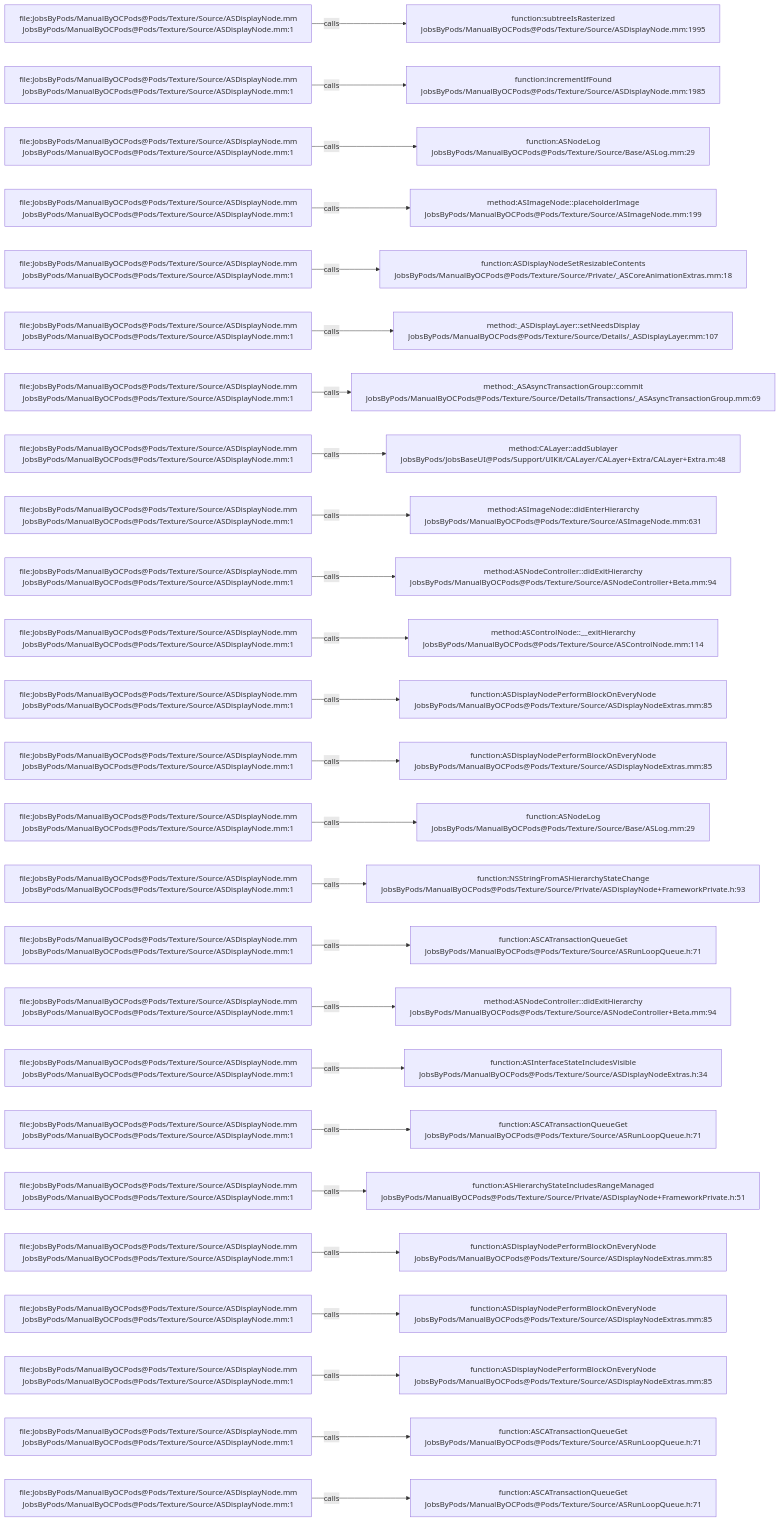
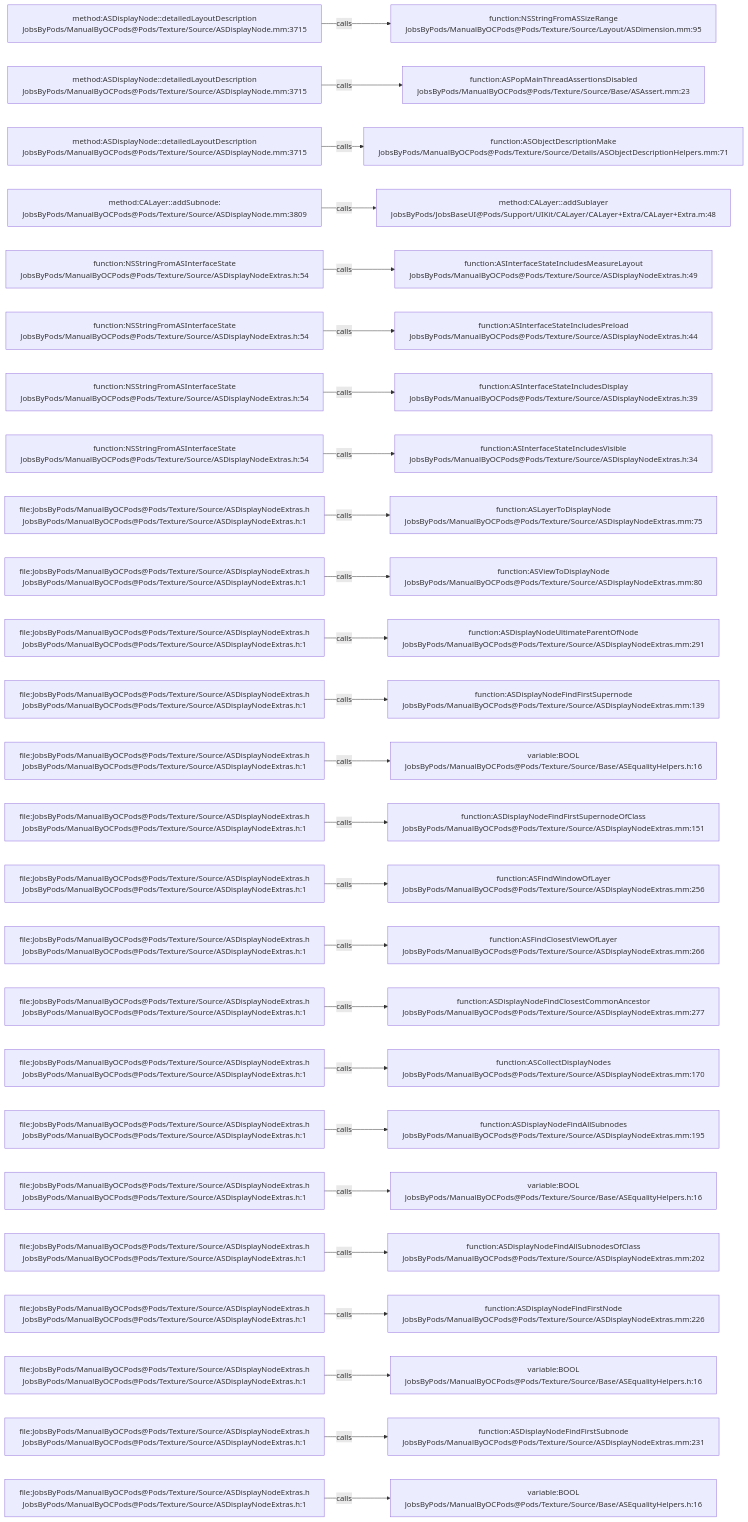
Before and after one commit to JobsKits/JobsOCBaseConfigDemo: the diagram in .codegraph/codegraph.md/graphs/calls-103.md, drawn with Mermaid. The commit also changed 1353 other files, not shown here.

````diff
--- a/.codegraph/codegraph.md/graphs/calls-103.md
+++ b/.codegraph/codegraph.md/graphs/calls-103.md
@@ -13,78 +13,78 @@
 ```mermaid
 flowchart LR
-  S1["file:JobsByPods/ManualByOCPods@Pods/Texture/Source/ASDisplayNode.mm<br/>JobsByPods/ManualByOCPods@Pods/Texture/Source/ASDisplayNode.mm:1"]
-  T1["function:subtreeIsRasterized<br/>JobsByPods/ManualByOCPods@Pods/Texture/Source/ASDisplayNode.mm:1995"]
+  S1["method:ASDisplayNode::detailedLayoutDescription<br/>JobsByPods/ManualByOCPods@Pods/Texture/Source/ASDisplayNode.mm:3715"]
+  T1["function:NSStringFromASSizeRange<br/>JobsByPods/ManualByOCPods@Pods/Texture/Source/Layout/ASDimension.mm:95"]
   S1 -->|calls| T1
-  S2["file:JobsByPods/ManualByOCPods@Pods/Texture/Source/ASDisplayNode.mm<br/>JobsByPods/ManualByOCPods@Pods/Texture/Source/ASDisplayNode.mm:1"]
-  T2["function:incrementIfFound<br/>JobsByPods/ManualByOCPods@Pods/Texture/Source/ASDisplayNode.mm:1985"]
+  S2["method:ASDisplayNode::detailedLayoutDescription<br/>JobsByPods/ManualByOCPods@Pods/Texture/Source/ASDisplayNode.mm:3715"]
+  T2["function:ASPopMainThreadAssertionsDisabled<br/>JobsByPods/ManualByOCPods@Pods/Texture/Source/Base/ASAssert.mm:23"]
   S2 -->|calls| T2
-  S3["file:JobsByPods/ManualByOCPods@Pods/Texture/Source/ASDisplayNode.mm<br/>JobsByPods/ManualByOCPods@Pods/Texture/Source/ASDisplayNode.mm:1"]
-  T3["function:ASNodeLog<br/>JobsByPods/ManualByOCPods@Pods/Texture/Source/Base/ASLog.mm:29"]
+  S3["method:ASDisplayNode::detailedLayoutDescription<br/>JobsByPods/ManualByOCPods@Pods/Texture/Source/ASDisplayNode.mm:3715"]
+  T3["function:ASObjectDescriptionMake<br/>JobsByPods/ManualByOCPods@Pods/Texture/Source/Details/ASObjectDescriptionHelpers.mm:71"]
   S3 -->|calls| T3
-  S4["file:JobsByPods/ManualByOCPods@Pods/Texture/Source/ASDisplayNode.mm<br/>JobsByPods/ManualByOCPods@Pods/Texture/Source/ASDisplayNode.mm:1"]
-  T4["method:ASImageNode::placeholderImage<br/>JobsByPods/ManualByOCPods@Pods/Texture/Source/ASImageNode.mm:199"]
+  S4["method:CALayer::addSubnode:<br/>JobsByPods/ManualByOCPods@Pods/Texture/Source/ASDisplayNode.mm:3809"]
+  T4["method:CALayer::addSublayer<br/>JobsByPods/JobsBaseUI@Pods/Support/UIKit/CALayer/CALayer+Extra/CALayer+Extra.m:48"]
   S4 -->|calls| T4
-  S5["file:JobsByPods/ManualByOCPods@Pods/Texture/Source/ASDisplayNode.mm<br/>JobsByPods/ManualByOCPods@Pods/Texture/Source/ASDisplayNode.mm:1"]
-  T5["function:ASDisplayNodeSetResizableContents<br/>JobsByPods/ManualByOCPods@Pods/Texture/Source/Private/_ASCoreAnimationExtras.mm:18"]
+  S5["function:NSStringFromASInterfaceState<br/>JobsByPods/ManualByOCPods@Pods/Texture/Source/ASDisplayNodeExtras.h:54"]
+  T5["function:ASInterfaceStateIncludesMeasureLayout<br/>JobsByPods/ManualByOCPods@Pods/Texture/Source/ASDisplayNodeExtras.h:49"]
   S5 -->|calls| T5
-  S6["file:JobsByPods/ManualByOCPods@Pods/Texture/Source/ASDisplayNode.mm<br/>JobsByPods/ManualByOCPods@Pods/Texture/Source/ASDisplayNode.mm:1"]
-  T6["method:_ASDisplayLayer::setNeedsDisplay<br/>JobsByPods/ManualByOCPods@Pods/Texture/Source/Details/_ASDisplayLayer.mm:107"]
+  S6["function:NSStringFromASInterfaceState<br/>JobsByPods/ManualByOCPods@Pods/Texture/Source/ASDisplayNodeExtras.h:54"]
+  T6["function:ASInterfaceStateIncludesPreload<br/>JobsByPods/ManualByOCPods@Pods/Texture/Source/ASDisplayNodeExtras.h:44"]
   S6 -->|calls| T6
-  S7["file:JobsByPods/ManualByOCPods@Pods/Texture/Source/ASDisplayNode.mm<br/>JobsByPods/ManualByOCPods@Pods/Texture/Source/ASDisplayNode.mm:1"]
-  T7["method:_ASAsyncTransactionGroup::commit<br/>JobsByPods/ManualByOCPods@Pods/Texture/Source/Details/Transactions/_ASAsyncTransactionGroup.mm:69"]
+  S7["function:NSStringFromASInterfaceState<br/>JobsByPods/ManualByOCPods@Pods/Texture/Source/ASDisplayNodeExtras.h:54"]
+  T7["function:ASInterfaceStateIncludesDisplay<br/>JobsByPods/ManualByOCPods@Pods/Texture/Source/ASDisplayNodeExtras.h:39"]
   S7 -->|calls| T7
-  S8["file:JobsByPods/ManualByOCPods@Pods/Texture/Source/ASDisplayNode.mm<br/>JobsByPods/ManualByOCPods@Pods/Texture/Source/ASDisplayNode.mm:1"]
-  T8["method:CALayer::addSublayer<br/>JobsByPods/JobsBaseUI@Pods/Support/UIKit/CALayer/CALayer+Extra/CALayer+Extra.m:48"]
+  S8["function:NSStringFromASInterfaceState<br/>JobsByPods/ManualByOCPods@Pods/Texture/Source/ASDisplayNodeExtras.h:54"]
+  T8["function:ASInterfaceStateIncludesVisible<br/>JobsByPods/ManualByOCPods@Pods/Texture/Source/ASDisplayNodeExtras.h:34"]
   S8 -->|calls| T8
-  S9["file:JobsByPods/ManualByOCPods@Pods/Texture/Source/ASDisplayNode.mm<br/>JobsByPods/ManualByOCPods@Pods/Texture/Source/ASDisplayNode.mm:1"]
-  T9["method:ASImageNode::didEnterHierarchy<br/>JobsByPods/ManualByOCPods@Pods/Texture/Source/ASImageNode.mm:631"]
+  S9["file:JobsByPods/ManualByOCPods@Pods/Texture/Source/ASDisplayNodeExtras.h<br/>JobsByPods/ManualByOCPods@Pods/Texture/Source/ASDisplayNodeExtras.h:1"]
+  T9["function:ASLayerToDisplayNode<br/>JobsByPods/ManualByOCPods@Pods/Texture/Source/ASDisplayNodeExtras.mm:75"]
   S9 -->|calls| T9
-  S10["file:JobsByPods/ManualByOCPods@Pods/Texture/Source/ASDisplayNode.mm<br/>JobsByPods/ManualByOCPods@Pods/Texture/Source/ASDisplayNode.mm:1"]
-  T10["method:ASNodeController::didExitHierarchy<br/>JobsByPods/ManualByOCPods@Pods/Texture/Source/ASNodeController+Beta.mm:94"]
+  S10["file:JobsByPods/ManualByOCPods@Pods/Texture/Source/ASDisplayNodeExtras.h<br/>JobsByPods/ManualByOCPods@Pods/Texture/Source/ASDisplayNodeExtras.h:1"]
+  T10["function:ASViewToDisplayNode<br/>JobsByPods/ManualByOCPods@Pods/Texture/Source/ASDisplayNodeExtras.mm:80"]
   S10 -->|calls| T10
-  S11["file:JobsByPods/ManualByOCPods@Pods/Texture/Source/ASDisplayNode.mm<br/>JobsByPods/ManualByOCPods@Pods/Texture/Source/ASDisplayNode.mm:1"]
-  T11["method:ASControlNode::__exitHierarchy<br/>JobsByPods/ManualByOCPods@Pods/Texture/Source/ASControlNode.mm:114"]
+  S11["file:JobsByPods/ManualByOCPods@Pods/Texture/Source/ASDisplayNodeExtras.h<br/>JobsByPods/ManualByOCPods@Pods/Texture/Source/ASDisplayNodeExtras.h:1"]
+  T11["function:ASDisplayNodeUltimateParentOfNode<br/>JobsByPods/ManualByOCPods@Pods/Texture/Source/ASDisplayNodeExtras.mm:291"]
   S11 -->|calls| T11
-  S12["file:JobsByPods/ManualByOCPods@Pods/Texture/Source/ASDisplayNode.mm<br/>JobsByPods/ManualByOCPods@Pods/Texture/Source/ASDisplayNode.mm:1"]
-  T12["function:ASDisplayNodePerformBlockOnEveryNode<br/>JobsByPods/ManualByOCPods@Pods/Texture/Source/ASDisplayNodeExtras.mm:85"]
+  S12["file:JobsByPods/ManualByOCPods@Pods/Texture/Source/ASDisplayNodeExtras.h<br/>JobsByPods/ManualByOCPods@Pods/Texture/Source/ASDisplayNodeExtras.h:1"]
+  T12["function:ASDisplayNodeFindFirstSupernode<br/>JobsByPods/ManualByOCPods@Pods/Texture/Source/ASDisplayNodeExtras.mm:139"]
   S12 -->|calls| T12
-  S13["file:JobsByPods/ManualByOCPods@Pods/Texture/Source/ASDisplayNode.mm<br/>JobsByPods/ManualByOCPods@Pods/Texture/Source/ASDisplayNode.mm:1"]
-  T13["function:ASDisplayNodePerformBlockOnEveryNode<br/>JobsByPods/ManualByOCPods@Pods/Texture/Source/ASDisplayNodeExtras.mm:85"]
+  S13["file:JobsByPods/ManualByOCPods@Pods/Texture/Source/ASDisplayNodeExtras.h<br/>JobsByPods/ManualByOCPods@Pods/Texture/Source/ASDisplayNodeExtras.h:1"]
+  T13["variable:BOOL<br/>JobsByPods/ManualByOCPods@Pods/Texture/Source/Base/ASEqualityHelpers.h:16"]
   S13 -->|calls| T13
-  S14["file:JobsByPods/ManualByOCPods@Pods/Texture/Source/ASDisplayNode.mm<br/>JobsByPods/ManualByOCPods@Pods/Texture/Source/ASDisplayNode.mm:1"]
-  T14["function:ASNodeLog<br/>JobsByPods/ManualByOCPods@Pods/Texture/Source/Base/ASLog.mm:29"]
+  S14["file:JobsByPods/ManualByOCPods@Pods/Texture/Source/ASDisplayNodeExtras.h<br/>JobsByPods/ManualByOCPods@Pods/Texture/Source/ASDisplayNodeExtras.h:1"]
+  T14["function:ASDisplayNodeFindFirstSupernodeOfClass<br/>JobsByPods/ManualByOCPods@Pods/Texture/Source/ASDisplayNodeExtras.mm:151"]
   S14 -->|calls| T14
-  S15["file:JobsByPods/ManualByOCPods@Pods/Texture/Source/ASDisplayNode.mm<br/>JobsByPods/ManualByOCPods@Pods/Texture/Source/ASDisplayNode.mm:1"]
-  T15["function:NSStringFromASHierarchyStateChange<br/>JobsByPods/ManualByOCPods@Pods/Texture/Source/Private/ASDisplayNode+FrameworkPrivate.h:93"]
+  S15["file:JobsByPods/ManualByOCPods@Pods/Texture/Source/ASDisplayNodeExtras.h<br/>JobsByPods/ManualByOCPods@Pods/Texture/Source/ASDisplayNodeExtras.h:1"]
+  T15["function:ASFindWindowOfLayer<br/>JobsByPods/ManualByOCPods@Pods/Texture/Source/ASDisplayNodeExtras.mm:256"]
   S15 -->|calls| T15
-  S16["file:JobsByPods/ManualByOCPods@Pods/Texture/Source/ASDisplayNode.mm<br/>JobsByPods/ManualByOCPods@Pods/Texture/Source/ASDisplayNode.mm:1"]
-  T16["function:ASCATransactionQueueGet<br/>JobsByPods/ManualByOCPods@Pods/Texture/Source/ASRunLoopQueue.h:71"]
+  S16["file:JobsByPods/ManualByOCPods@Pods/Texture/Source/ASDisplayNodeExtras.h<br/>JobsByPods/ManualByOCPods@Pods/Texture/Source/ASDisplayNodeExtras.h:1"]
+  T16["function:ASFindClosestViewOfLayer<br/>JobsByPods/ManualByOCPods@Pods/Texture/Source/ASDisplayNodeExtras.mm:266"]
   S16 -->|calls| T16
-  S17["file:JobsByPods/ManualByOCPods@Pods/Texture/Source/ASDisplayNode.mm<br/>JobsByPods/ManualByOCPods@Pods/Texture/Source/ASDisplayNode.mm:1"]
-  T17["method:ASNodeController::didExitHierarchy<br/>JobsByPods/ManualByOCPods@Pods/Texture/Source/ASNodeController+Beta.mm:94"]
+  S17["file:JobsByPods/ManualByOCPods@Pods/Texture/Source/ASDisplayNodeExtras.h<br/>JobsByPods/ManualByOCPods@Pods/Texture/Source/ASDisplayNodeExtras.h:1"]
+  T17["function:ASDisplayNodeFindClosestCommonAncestor<br/>JobsByPods/ManualByOCPods@Pods/Texture/Source/ASDisplayNodeExtras.mm:277"]
   S17 -->|calls| T17
-  S18["file:JobsByPods/ManualByOCPods@Pods/Texture/Source/ASDisplayNode.mm<br/>JobsByPods/ManualByOCPods@Pods/Texture/Source/ASDisplayNode.mm:1"]
-  T18["function:ASInterfaceStateIncludesVisible<br/>JobsByPods/ManualByOCPods@Pods/Texture/Source/ASDisplayNodeExtras.h:34"]
+  S18["file:JobsByPods/ManualByOCPods@Pods/Texture/Source/ASDisplayNodeExtras.h<br/>JobsByPods/ManualByOCPods@Pods/Texture/Source/ASDisplayNodeExtras.h:1"]
+  T18["function:ASCollectDisplayNodes<br/>JobsByPods/ManualByOCPods@Pods/Texture/Source/ASDisplayNodeExtras.mm:170"]
   S18 -->|calls| T18
-  S19["file:JobsByPods/ManualByOCPods@Pods/Texture/Source/ASDisplayNode.mm<br/>JobsByPods/ManualByOCPods@Pods/Texture/Source/ASDisplayNode.mm:1"]
-  T19["function:ASCATransactionQueueGet<br/>JobsByPods/ManualByOCPods@Pods/Texture/Source/ASRunLoopQueue.h:71"]
+  S19["file:JobsByPods/ManualByOCPods@Pods/Texture/Source/ASDisplayNodeExtras.h<br/>JobsByPods/ManualByOCPods@Pods/Texture/Source/ASDisplayNodeExtras.h:1"]
+  T19["function:ASDisplayNodeFindAllSubnodes<br/>JobsByPods/ManualByOCPods@Pods/Texture/Source/ASDisplayNodeExtras.mm:195"]
   S19 -->|calls| T19
-  S20["file:JobsByPods/ManualByOCPods@Pods/Texture/Source/ASDisplayNode.mm<br/>JobsByPods/ManualByOCPods@Pods/Texture/Source/ASDisplayNode.mm:1"]
-  T20["function:ASHierarchyStateIncludesRangeManaged<br/>JobsByPods/ManualByOCPods@Pods/Texture/Source/Private/ASDisplayNode+FrameworkPrivate.h:51"]
+  S20["file:JobsByPods/ManualByOCPods@Pods/Texture/Source/ASDisplayNodeExtras.h<br/>JobsByPods/ManualByOCPods@Pods/Texture/Source/ASDisplayNodeExtras.h:1"]
+  T20["variable:BOOL<br/>JobsByPods/ManualByOCPods@Pods/Texture/Source/Base/ASEqualityHelpers.h:16"]
   S20 -->|calls| T20
-  S21["file:JobsByPods/ManualByOCPods@Pods/Texture/Source/ASDisplayNode.mm<br/>JobsByPods/ManualByOCPods@Pods/Texture/Source/ASDisplayNode.mm:1"]
-  T21["function:ASDisplayNodePerformBlockOnEveryNode<br/>JobsByPods/ManualByOCPods@Pods/Texture/Source/ASDisplayNodeExtras.mm:85"]
+  S21["file:JobsByPods/ManualByOCPods@Pods/Texture/Source/ASDisplayNodeExtras.h<br/>JobsByPods/ManualByOCPods@Pods/Texture/Source/ASDisplayNodeExtras.h:1"]
+  T21["function:ASDisplayNodeFindAllSubnodesOfClass<br/>JobsByPods/ManualByOCPods@Pods/Texture/Source/ASDisplayNodeExtras.mm:202"]
   S21 -->|calls| T21
-  S22["file:JobsByPods/ManualByOCPods@Pods/Texture/Source/ASDisplayNode.mm<br/>JobsByPods/ManualByOCPods@Pods/Texture/Source/ASDisplayNode.mm:1"]
-  T22["function:ASDisplayNodePerformBlockOnEveryNode<br/>JobsByPods/ManualByOCPods@Pods/Texture/Source/ASDisplayNodeExtras.mm:85"]
+  S22["file:JobsByPods/ManualByOCPods@Pods/Texture/Source/ASDisplayNodeExtras.h<br/>JobsByPods/ManualByOCPods@Pods/Texture/Source/ASDisplayNodeExtras.h:1"]
+  T22["function:ASDisplayNodeFindFirstNode<br/>JobsByPods/ManualByOCPods@Pods/Texture/Source/ASDisplayNodeExtras.mm:226"]
   S22 -->|calls| T22
-  S23["file:JobsByPods/ManualByOCPods@Pods/Texture/Source/ASDisplayNode.mm<br/>JobsByPods/ManualByOCPods@Pods/Texture/Source/ASDisplayNode.mm:1"]
-  T23["function:ASDisplayNodePerformBlockOnEveryNode<br/>JobsByPods/ManualByOCPods@Pods/Texture/Source/ASDisplayNodeExtras.mm:85"]
+  S23["file:JobsByPods/ManualByOCPods@Pods/Texture/Source/ASDisplayNodeExtras.h<br/>JobsByPods/ManualByOCPods@Pods/Texture/Source/ASDisplayNodeExtras.h:1"]
+  T23["variable:BOOL<br/>JobsByPods/ManualByOCPods@Pods/Texture/Source/Base/ASEqualityHelpers.h:16"]
   S23 -->|calls| T23
-  S24["file:JobsByPods/ManualByOCPods@Pods/Texture/Source/ASDisplayNode.mm<br/>JobsByPods/ManualByOCPods@Pods/Texture/Source/ASDisplayNode.mm:1"]
-  T24["function:ASCATransactionQueueGet<br/>JobsByPods/ManualByOCPods@Pods/Texture/Source/ASRunLoopQueue.h:71"]
+  S24["file:JobsByPods/ManualByOCPods@Pods/Texture/Source/ASDisplayNodeExtras.h<br/>JobsByPods/ManualByOCPods@Pods/Texture/Source/ASDisplayNodeExtras.h:1"]
+  T24["function:ASDisplayNodeFindFirstSubnode<br/>JobsByPods/ManualByOCPods@Pods/Texture/Source/ASDisplayNodeExtras.mm:231"]
   S24 -->|calls| T24
-  S25["file:JobsByPods/ManualByOCPods@Pods/Texture/Source/ASDisplayNode.mm<br/>JobsByPods/ManualByOCPods@Pods/Texture/Source/ASDisplayNode.mm:1"]
-  T25["function:ASCATransactionQueueGet<br/>JobsByPods/ManualByOCPods@Pods/Texture/Source/ASRunLoopQueue.h:71"]
+  S25["file:JobsByPods/ManualByOCPods@Pods/Texture/Source/ASDisplayNodeExtras.h<br/>JobsByPods/ManualByOCPods@Pods/Texture/Source/ASDisplayNodeExtras.h:1"]
+  T25["variable:BOOL<br/>JobsByPods/ManualByOCPods@Pods/Texture/Source/Base/ASEqualityHelpers.h:16"]
   S25 -->|calls| T25
 ```
````
